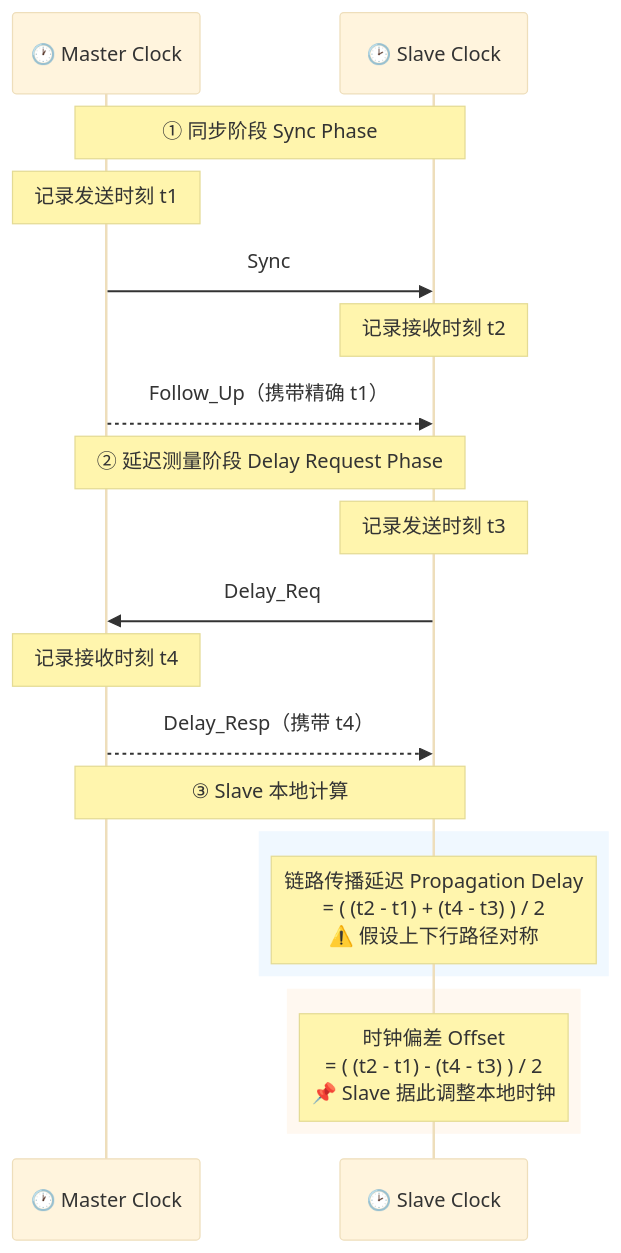
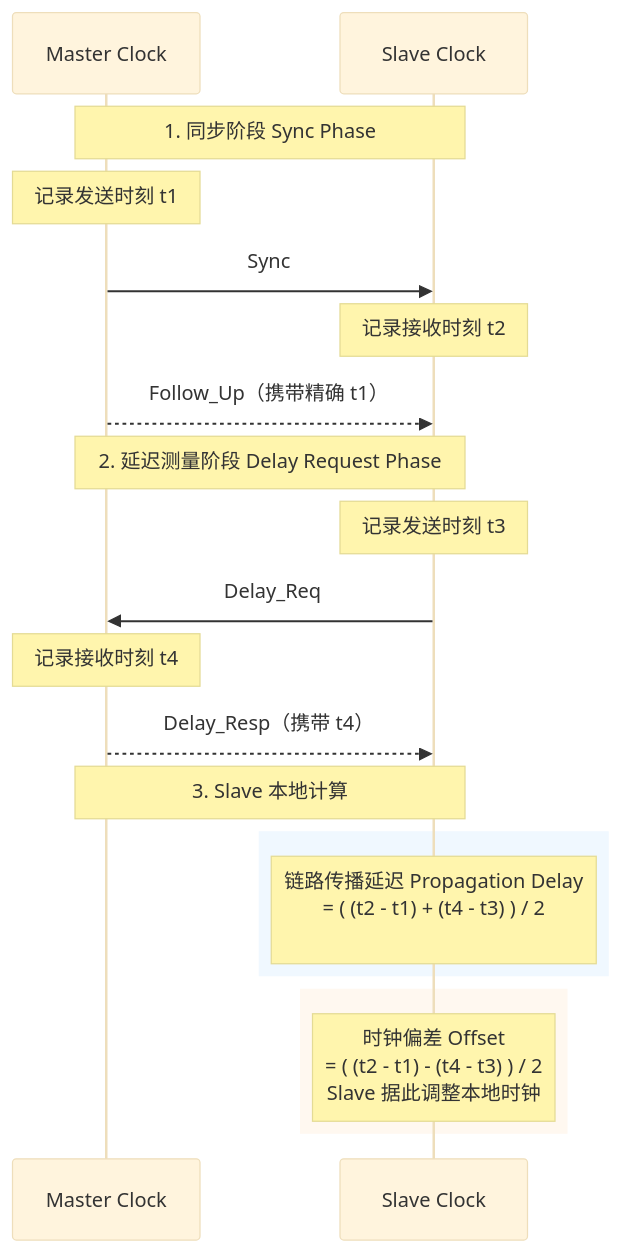
Before and after one commit to mrjimmyjimmy/workingNotes: the diagram in Linux/ptp.md, drawn with Mermaid (base theme). The commit also changed other lines of this file and 5 other files, not shown here.

````diff
--- a/Linux/ptp.md
+++ b/Linux/ptp.md
@@ -36,29 +41,29 @@
 ```mermaid
 sequenceDiagram
-    participant M as 🕐 Master Clock
-    participant S as 🕑 Slave Clock
+    participant M as Master Clock
+    participant S as Slave Clock
 
-    Note over M,S: ① 同步阶段 Sync Phase
+    Note over M,S: 1. 同步阶段 Sync Phase
 
     Note over M: 记录发送时刻 t1
     M ->> S: Sync
     Note over S: 记录接收时刻 t2
     M -->> S: Follow_Up（携带精确 t1）
 
-    Note over M,S: ② 延迟测量阶段 Delay Request Phase
+    Note over M,S: 2. 延迟测量阶段 Delay Request Phase
 
     Note over S: 记录发送时刻 t3
     S ->> M: Delay_Req
     Note over M: 记录接收时刻 t4
     M -->> S: Delay_Resp（携带 t4）
 
-    Note over M,S: ③ Slave 本地计算
+    Note over M,S: 3. Slave 本地计算
 
     rect rgb(240, 248, 255)
-        Note over S: 链路传播延迟 Propagation Delay<br/>= ( (t2 - t1) + (t4 - t3) ) / 2<br/>⚠️ 假设上下行路径对称
+        Note over S: 链路传播延迟 Propagation Delay<br/>= ( (t2 - t1) + (t4 - t3) ) / 2<br/>
     end
 
     rect rgb(255, 248, 240)
-        Note over S: 时钟偏差 Offset<br/>= ( (t2 - t1) - (t4 - t3) ) / 2<br/>📌 Slave 据此调整本地时钟
+        Note over S: 时钟偏差 Offset<br/>= ( (t2 - t1) - (t4 - t3) ) / 2<br/> Slave 据此调整本地时钟
     end
 ```
````
